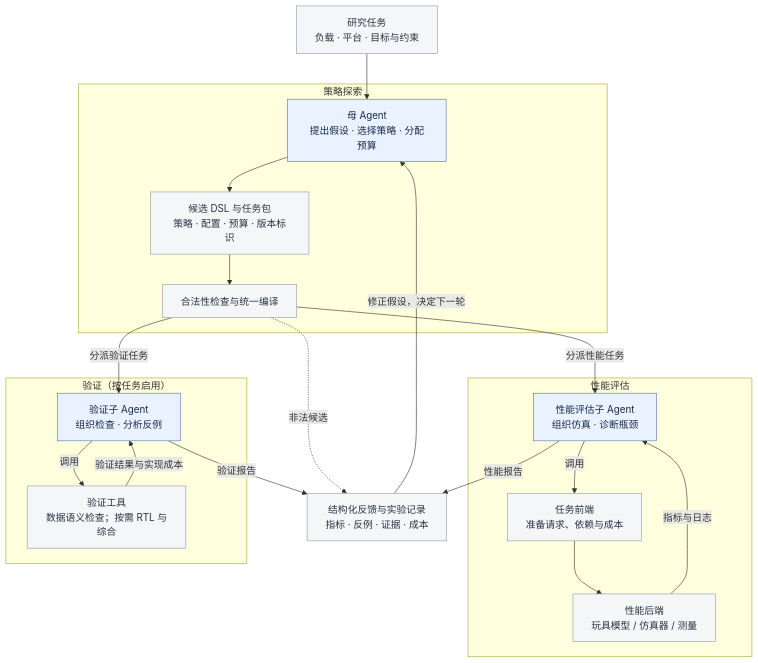
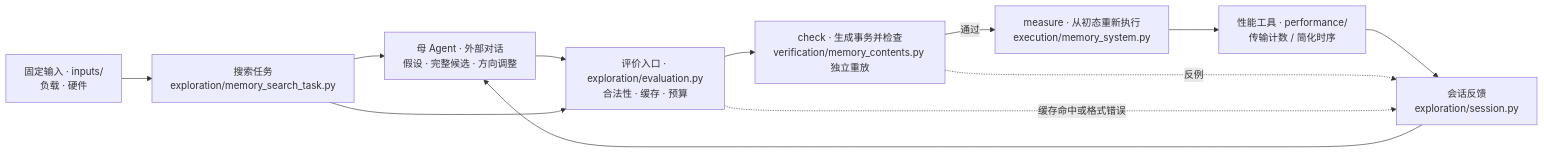
The diagram in README.md (weishiru351-lab/agent_sim_for_HBM), drawn with Mermaid before and after one commit. The commit also changed other lines of this file and 142 other files, not shown here.

First line of the commit message:
Refactor agent memory search and add hybrid storage execution

````diff
--- a/README.md
+++ b/README.md
@@ -60,39 +24,14 @@
 ```mermaid
-flowchart TD
-    W["研究任务<br/>负载 · 平台 · 目标与约束"] --> M
-
-    subgraph E["策略探索"]
-        M["母 Agent<br/>提出假设 · 选择策略 · 分配预算"]
-        D["候选 DSL 与任务包<br/>策略 · 配置 · 预算 · 版本标识"]
-        C["合法性检查与统一编译"]
-        M --> D --> C
-    end
-
-    subgraph PBranch["性能评估"]
-        P["性能评估子 Agent<br/>组织仿真 · 诊断瓶颈"]
-        F["任务前端<br/>准备请求、依赖与成本"]
-        PT["性能后端<br/>玩具模型 / 仿真器 / 测量"]
-        P -->|调用| F
-        F --> PT
-        PT -->|指标与日志| P
-    end
-
-    subgraph VBranch["验证（按任务启用）"]
-        V["验证子 Agent<br/>组织检查 · 分析反例"]
-        VT["验证工具<br/>数据语义检查；按需 RTL 与综合"]
-        V -->|调用| VT
-        VT -->|验证结果与实现成本| V
-    end
-
-    C -->|分派性能任务| P
-    C -->|分派验证任务| V
-    C -.->|非法候选| R
-    P -->|性能报告| R["结构化反馈与实验记录<br/>指标 · 反例 · 证据 · 成本"]
-    V -->|验证报告| R
-    R -->|修正假设，决定下一轮| M
-
-    classDef agent fill:#eaf2ff,stroke:#5278ad,color:#172b4d
-    classDef tool fill:#f5f6f8,stroke:#929baa,color:#273444
-    class M,P,V agent
-    class W,D,C,F,PT,VT,R tool
+flowchart LR
+    I["固定输入 · inputs/<br/>负载 · 硬件"] --> T["搜索任务<br/>exploration/memory_search_task.py"]
+    T --> A["母 Agent · 外部对话<br/>假设 · 完整候选 · 方向调整"]
+    A --> E["评价入口 · exploration/evaluation.py<br/>合法性 · 缓存 · 预算"]
+    T --> E
+    E --> V["check · 生成事务并检查<br/>verification/memory_contents.py 独立重放"]
+    V -->|通过| X["measure · 从初态重新执行<br/>execution/memory_system.py"]
+    X --> P["性能工具 · performance/<br/>传输计数 / 简化时序"]
+    P --> F["会话反馈<br/>exploration/session.py"]
+    V -.->|反例| F
+    E -.->|缓存命中或格式错误| F
+    F --> A
 ```
````
